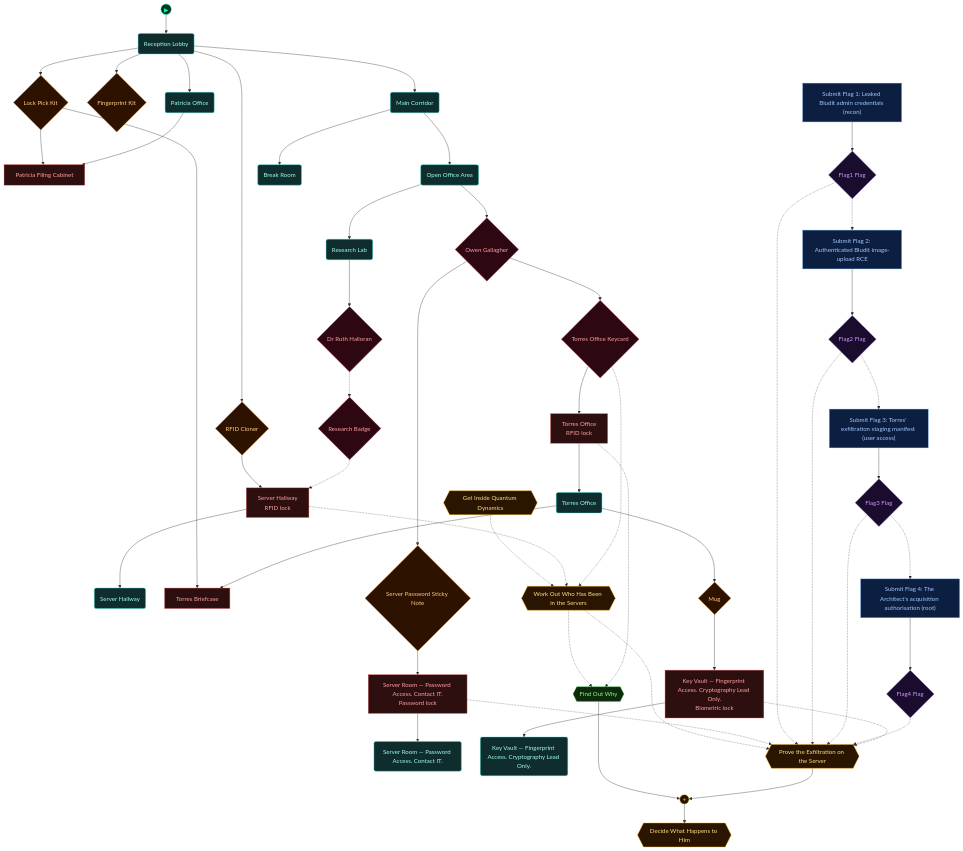
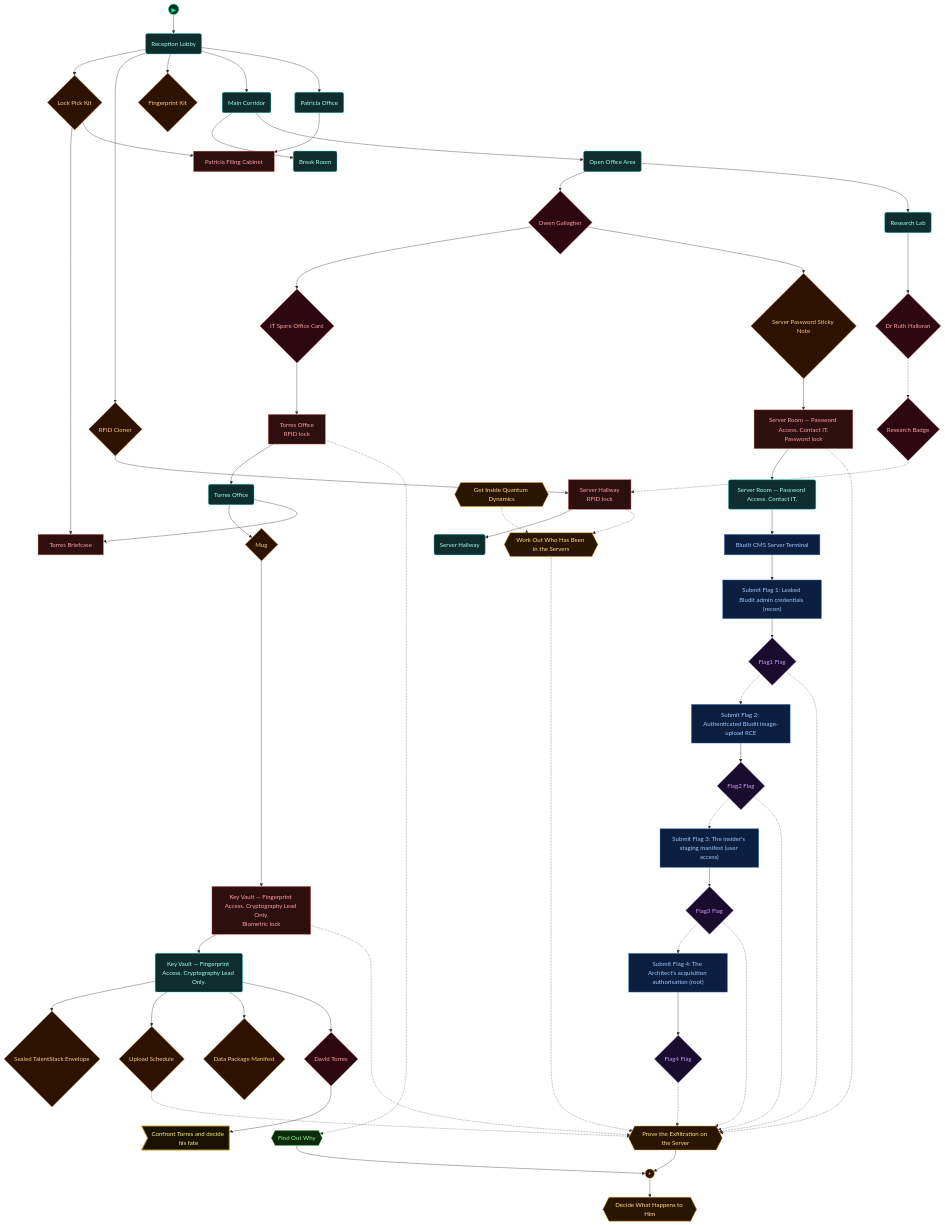
The third of 5 diagrams in scenarios/m05_insider_trading/dungeon_graph.md (cliffe/BreakEscape), drawn with Mermaid before and after one commit. The commit also changed other lines of this file and 31 other files, not shown here.

```diff
--- a/scenarios/m05_insider_trading/dungeon_graph.md
+++ b/scenarios/m05_insider_trading/dungeon_graph.md
@@ -231,17 +244,23 @@
   fingerprint_kit{"Fingerprint Kit"}
   npc_owen_gallagher{"Owen Gallagher"}
   open_office_area("Open Office Area")
-  torres_office_keycard{"Torres Office Keycard"}
+  it_spare_office_card{"IT Spare Office Card"}
   server_password_sticky_note{"Server Password Sticky Note"}
+  bludit_cms_server_terminal["Bludit CMS Server Terminal"]
   mug{"Mug"}
   npc_dr_ruth_halloran{"Dr Ruth Halloran"}
   research_lab("Research Lab")
   research_badge{"Research Badge"}
+  sealed_talentstack_envelope{"Sealed TalentStack Envelope"}
+  upload_schedule{"Upload Schedule"}
+  data_package_manifest{"Data Package Manifest"}
+  npc_david_torres{"David Torres"}
+  action_confront_torres>"Confront Torres and decide his fate"]
   vmch_submit_flag1["Submit Flag 1: Leaked Bludit admin credentials (recon)"]
   vmfl_submit_flag1{"Flag1 Flag"}
   vmch_submit_flag2["Submit Flag 2: Authenticated Bludit image-upload RCE"]
   vmfl_submit_flag2{"Flag2 Flag"}
-  vmch_submit_flag3["Submit Flag 3: Torres' exfiltration staging manifest (user access)"]
+  vmch_submit_flag3["Submit Flag 3: The insider's staging manifest (user access)"]
   vmfl_submit_flag3{"Flag3 Flag"}
   vmch_submit_flag4["Submit Flag 4: The Architect's acquisition authorisation (root)"]
   vmfl_submit_flag4{"Flag4 Flag"}
@@ -266,10 +285,11 @@
   rfid_cloner --> door_server_hallway
   reception_lobby --> fingerprint_kit
   open_office_area --> npc_owen_gallagher
-  npc_owen_gallagher --> torres_office_keycard
-  torres_office_keycard --> door_torres_office
+  npc_owen_gallagher --> it_spare_office_card
+  it_spare_office_card --> door_torres_office
   npc_owen_gallagher --> server_password_sticky_note
   server_password_sticky_note --> door_server_room
+  server_room --> bludit_cms_server_terminal
   torres_office --> mug
   mug --> door_data_center
   torres_office --> lock_torres_briefcase
@@ -277,6 +297,11 @@
   npc_dr_ruth_halloran -.-> research_badge
   research_badge -.-> door_server_hallway
   patricia_office --> lock_patricia_filing_cabinet
+  data_center --> sealed_talentstack_envelope
+  data_center --> upload_schedule
+  data_center --> data_package_manifest
+  data_center --> npc_david_torres
+  npc_david_torres --> action_confront_torres
   vmch_submit_flag1 --> vmfl_submit_flag1
   vmch_submit_flag2 --> vmfl_submit_flag2
   vmfl_submit_flag1 -.-> vmch_submit_flag2
@@ -284,19 +309,18 @@
   vmfl_submit_flag2 -.-> vmch_submit_flag3
   vmch_submit_flag4 --> vmfl_submit_flag4
   vmfl_submit_flag3 -.-> vmch_submit_flag4
+  bludit_cms_server_terminal --> vmch_submit_flag1
   reception_lobby --> main_corridor
   reception_lobby --> patricia_office
   main_corridor --> break_room
   main_corridor --> open_office_area
   open_office_area --> research_lab
   aim_establish_access -.-> aim_investigate_employees
-  aim_investigate_employees -.-> aim_gather_evidence
   aim_investigate_employees -.-> aim_exploit_infrastructure
   aim_gather_evidence --> aim_andgate_confront_insider
   aim_exploit_infrastructure --> aim_andgate_confront_insider
   aim_andgate_confront_insider --> aim_confront_insider
   door_server_hallway -.-> aim_investigate_employees
-  torres_office_keycard -.-> aim_investigate_employees
   door_torres_office -.-> aim_gather_evidence
   door_server_room -.-> aim_exploit_infrastructure
   vmfl_submit_flag1 -.-> aim_exploit_infrastructure
@@ -304,12 +328,14 @@
   vmfl_submit_flag3 -.-> aim_exploit_infrastructure
   vmfl_submit_flag4 -.-> aim_exploit_infrastructure
   door_data_center -.-> aim_exploit_infrastructure
+  upload_schedule -.-> aim_exploit_infrastructure
 
   class door_server_hallway,door_server_room,door_torres_office,door_data_center,lock_torres_briefcase,lock_patricia_filing_cabinet lock
   class server_hallway,server_room,torres_office,data_center,reception_lobby,open_office_area,research_lab,main_corridor,patricia_office,break_room room
-  class lock_pick_kit,rfid_cloner,fingerprint_kit,server_password_sticky_note,mug item
-  class npc_owen_gallagher,torres_office_keycard,npc_dr_ruth_halloran,research_badge key
-  class vmch_submit_flag1,vmch_submit_flag2,vmch_submit_flag3,vmch_submit_flag4 vm
+  class lock_pick_kit,rfid_cloner,fingerprint_kit,server_password_sticky_note,mug,sealed_talentstack_envelope,upload_schedule,data_package_manifest item
+  class npc_owen_gallagher,it_spare_office_card,npc_dr_ruth_halloran,research_badge,npc_david_torres key
+  class bludit_cms_server_terminal,vmch_submit_flag1,vmch_submit_flag2,vmch_submit_flag3,vmch_submit_flag4 vm
+  class action_confront_torres action
   class vmfl_submit_flag1,vmfl_submit_flag2,vmfl_submit_flag3,vmfl_submit_flag4 flag
   class aim_establish_access,aim_investigate_employees,aim_exploit_infrastructure,aim_confront_insider,aim_andgate_confront_insider critical
   class aim_gather_evidence aim
```
